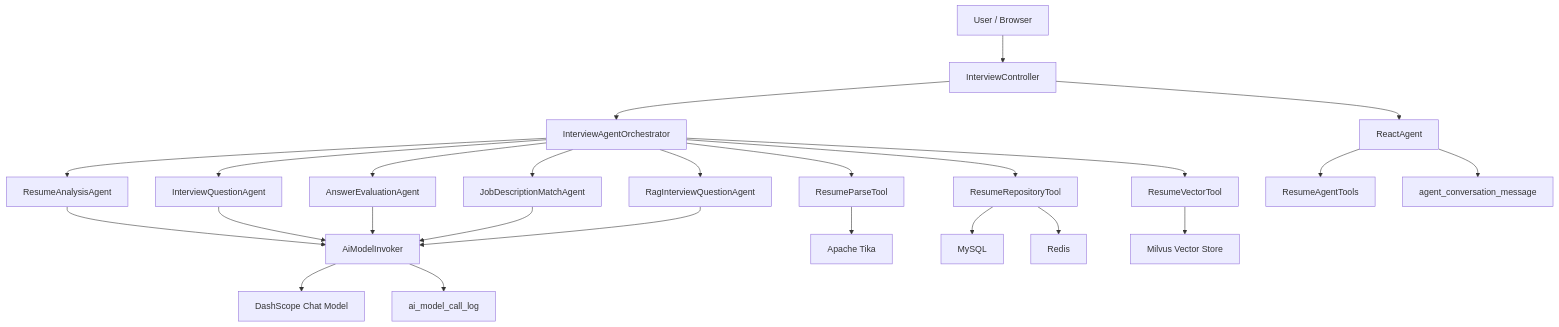
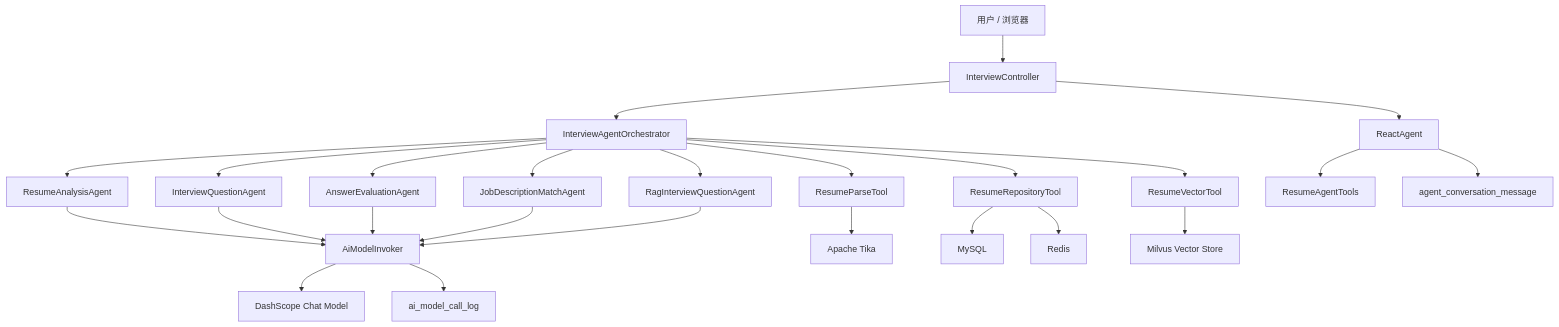
One commit to xiekunhuang2020/ai-interview-agent changed the diagram in docs/architecture.md. Above: the diagram before and after it, drawn with Mermaid. The commit also changed other lines of this file and 13 other files, not shown here.

````diff
--- a/docs/architecture.md
+++ b/docs/architecture.md
@@ -9,31 +9,31 @@
 ```mermaid
 flowchart TD
-    U["User / Browser"] --> C["InterviewController"]
+    U["用户 / 浏览器"] --> C["InterviewController"]
     C --> O["InterviewAgentOrchestrator"]
 
     O --> T1["ResumeParseTool"]
     O --> A1["ResumeAnalysisAgent"]
     O --> T2["ResumeRepositoryTool"]
     O --> T3["ResumeVectorTool"]
     O --> A2["InterviewQuestionAgent"]
     O --> A3["AnswerEvaluationAgent"]
     O --> A4["JobDescriptionMatchAgent"]
     O --> A5["RagInterviewQuestionAgent"]
 
     A1 --> INV["AiModelInvoker"]
     A2 --> INV
     A3 --> INV
     A4 --> INV
     A5 --> INV
     INV --> LLM["DashScope Chat Model"]
     INV --> AUDIT["ai_model_call_log"]
 
     C --> RA["ReactAgent"]
     RA --> TOOLCALL["ResumeAgentTools"]
     RA --> MSGAUDIT["agent_conversation_message"]
 
     T1 --> Tika["Apache Tika"]
     T2 --> MySQL["MySQL"]
     T2 --> Redis["Redis"]
     T3 --> Milvus["Milvus Vector Store"]
 ```
````
